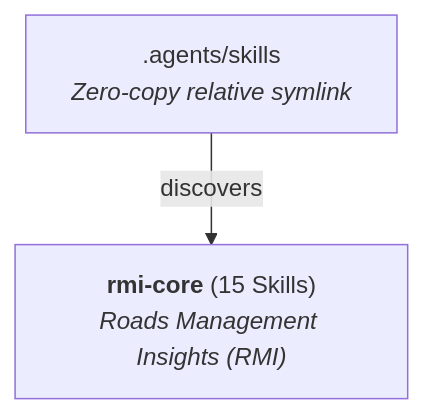
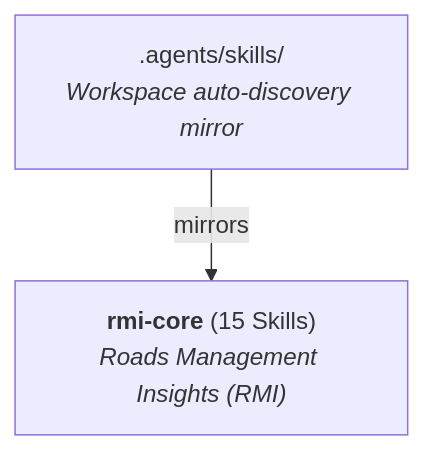
Before and after one commit to googlemaps-samples/insights-samples: the diagram in roads_management_insights/plugins/README.md, drawn with Mermaid. The commit also changed other lines of this file and 157 other files, not shown here.

Commit message:
fix(rmi): restore .agents/skills as a copy of rmi-core skills

````diff
--- a/roads_management_insights/plugins/README.md
+++ b/roads_management_insights/plugins/README.md
@@ -9,6 +9,6 @@
 ```mermaid
 flowchart TD
   %% Status: Current State
   RMI_CORE["<b>rmi-core</b> (15 Skills)<br/><i>Roads Management Insights (RMI)</i>"]
-  AGENTS_LINK[".agents/skills<br/><i>Zero-copy relative symlink</i>"] -->|discovers| RMI_CORE
+  AGENTS_MIRROR[".agents/skills/<br/><i>Workspace auto-discovery mirror</i>"] -->|mirrors| RMI_CORE
 ```
````
